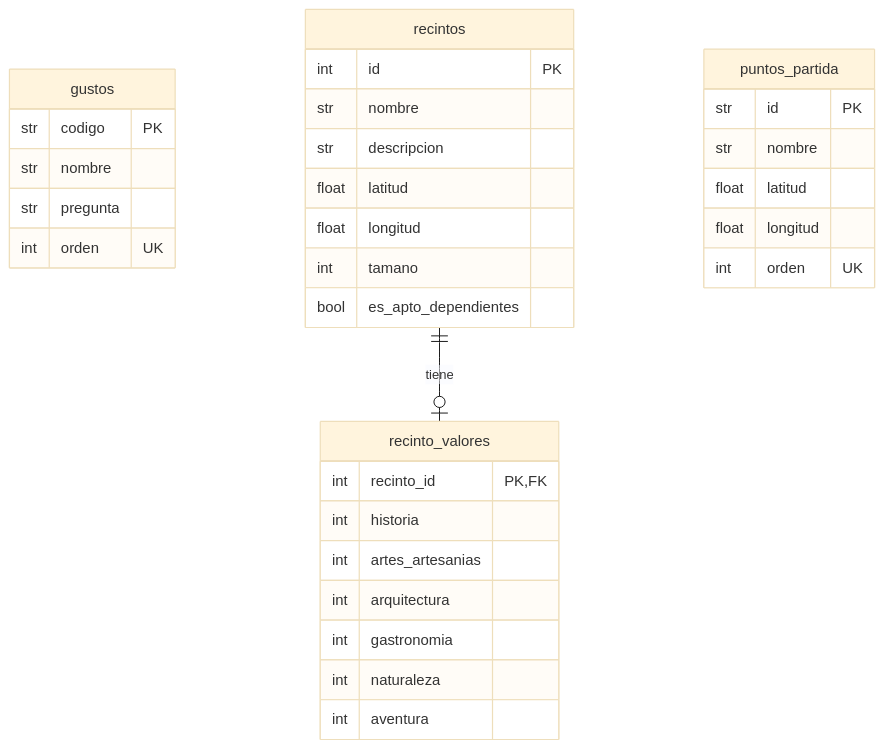
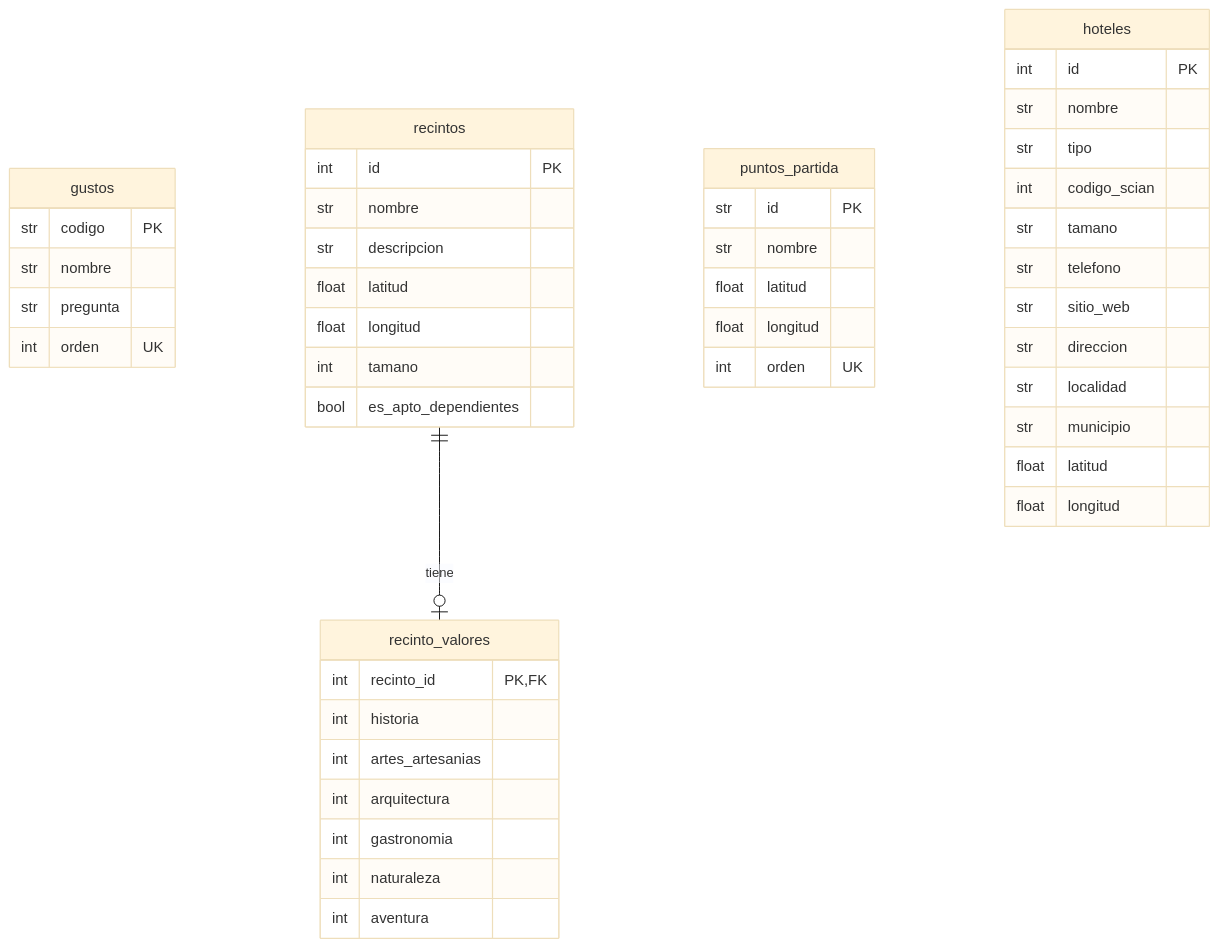
The diagram in backend/docs/base_datos.md (Isa-alt2000/UNRC-PP-2026B-Turismo), drawn with Mermaid (base theme) before and after one commit. The commit also changed other lines of this file and 4 other files, not shown here.

````diff
--- a/backend/docs/base_datos.md
+++ b/backend/docs/base_datos.md
@@ -8,35 +8,49 @@
 ```mermaid
 erDiagram
     gustos {
         str codigo PK
         str nombre
         str pregunta
         int orden UK
     }
     recintos {
         int id PK
         str nombre
         str descripcion
         float latitud
         float longitud
         int tamano
         bool es_apto_dependientes
     }
     recinto_valores {
         int recinto_id PK, FK
         int historia
         int artes_artesanias
         int arquitectura
         int gastronomia
         int naturaleza
         int aventura
     }
     recintos ||--o| recinto_valores : "tiene"
     puntos_partida {
         str id PK
         str nombre
         float latitud
         float longitud
         int orden UK
     }
+    hoteles {
+        int id PK
+        str nombre
+        str tipo
+        int codigo_scian
+        str tamano
+        str telefono
+        str sitio_web
+        str direccion
+        str localidad
+        str municipio
+        float latitud
+        float longitud
+    }
 ```
````
